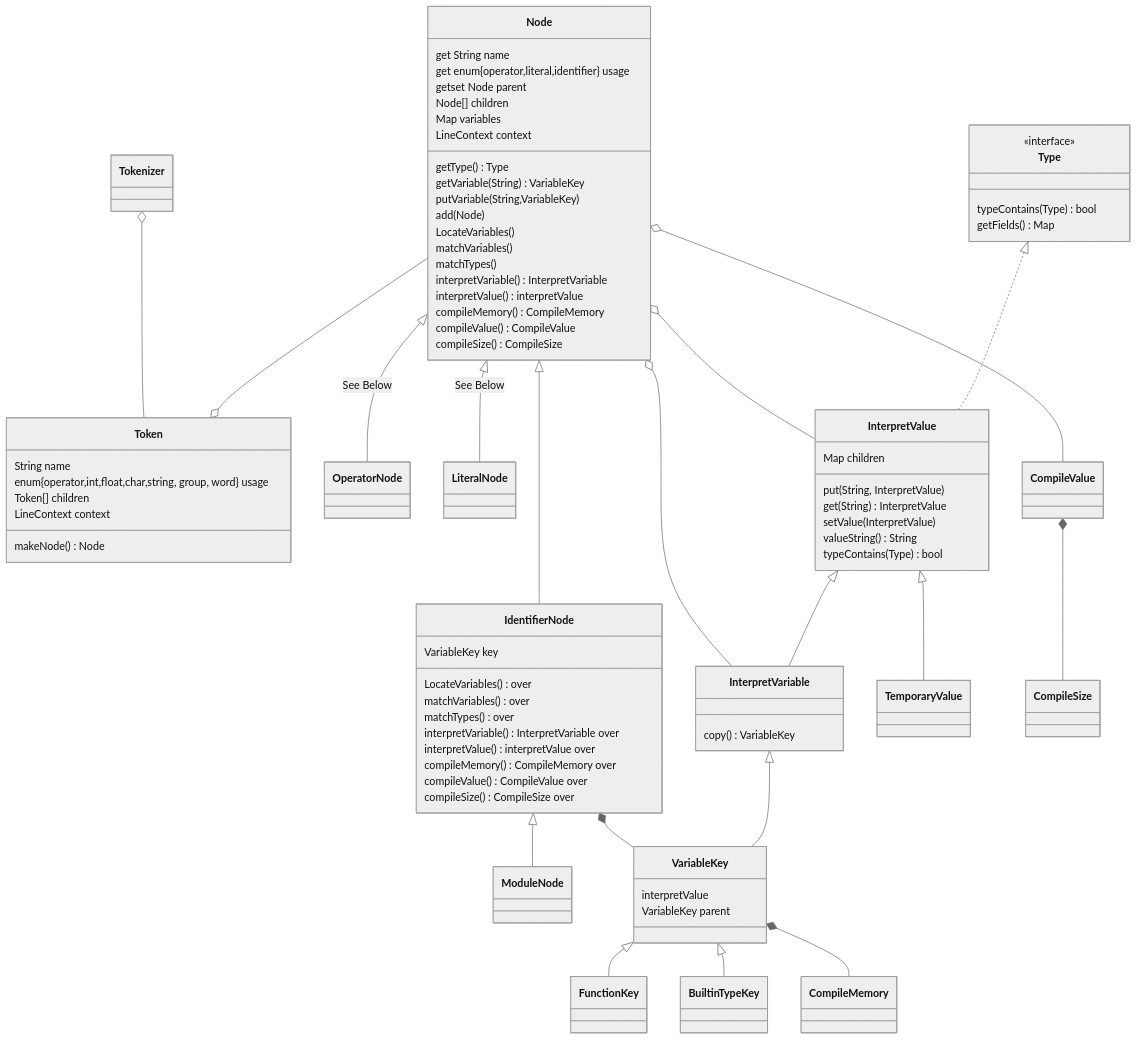
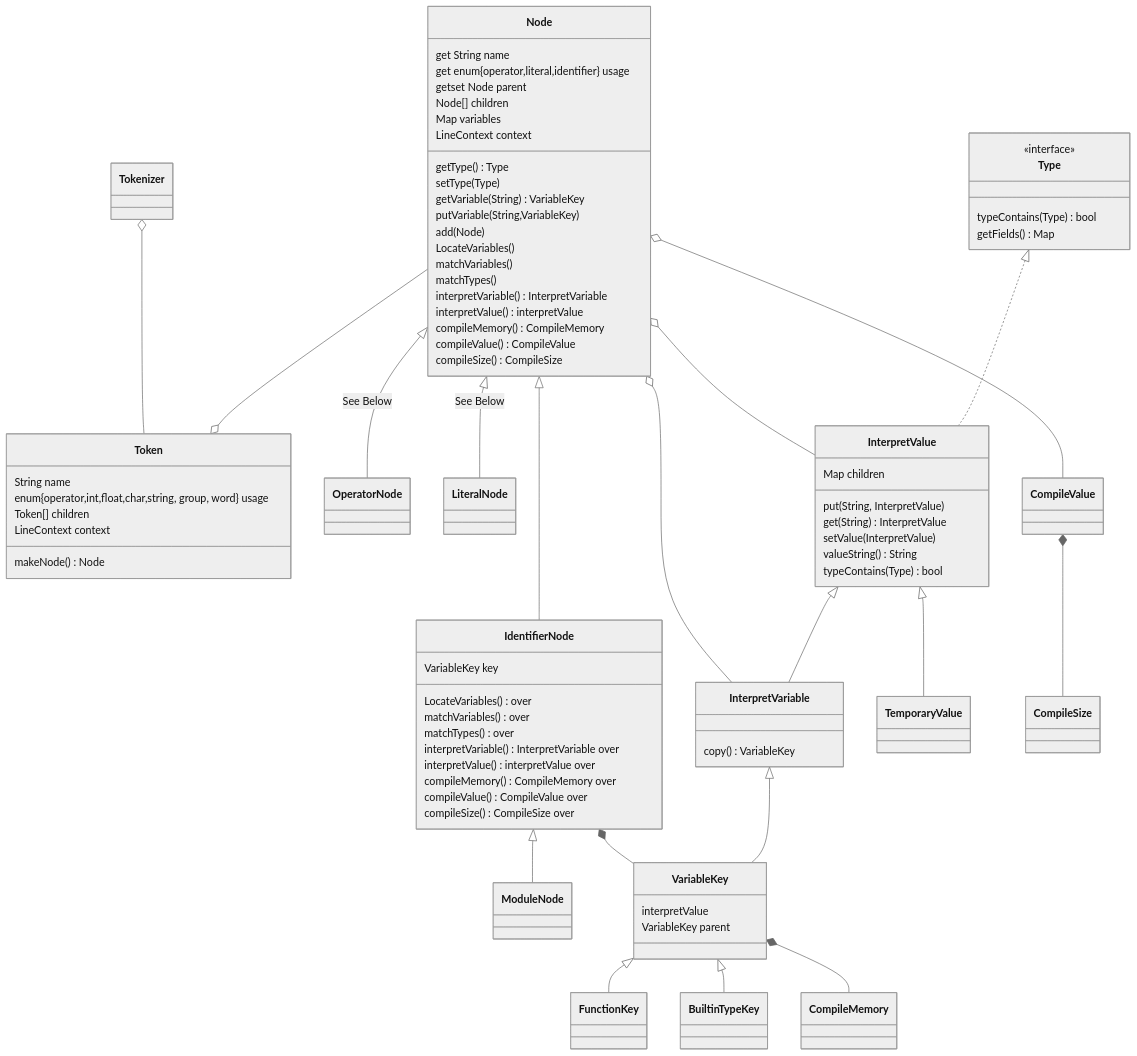
One commit to Jzhyang1/Monomer changed the second of 5 diagrams in Implementation.md. Above: the diagram before and after it, drawn with Mermaid (neutral theme). The commit also changed other lines of this file, not shown here.

````diff
--- a/Implementation.md
+++ b/Implementation.md
@@ -76,73 +76,74 @@
 ```mermaid
 classDiagram
 Tokenizer o-- Token
 Node --o Token
 
 Node <|-- OperatorNode: See Below
 Node <|-- LiteralNode: See Below
 Node <|-- IdentifierNode
 Node o-- InterpretVariable
 Node o-- InterpretValue
 IdentifierNode <|-- ModuleNode
 IdentifierNode *-- VariableKey
 VariableKey <|-- FunctionKey
 VariableKey <|-- BuiltinTypeKey
 VariableKey *-- CompileMemory
 InterpretValue <|-- InterpretVariable
 InterpretValue <|-- TemporaryValue
 Type <|.. InterpretValue
 InterpretVariable <|-- VariableKey
 CompileValue *-- CompileSize
 Node o-- CompileValue
 
 Token: String name
 Token: enum{operator,int,float,char,string, group, word} usage
 Token: Token[] children
 Token: LineContext context
 Token: makeNode() Node
 
 Node: get String name
 Node: get enum{operator,literal,identifier} usage
 Node: getset Node parent
 Node: Node[] children
 Node: Map<String, VariableKey> variables
 Node: LineContext context
 Node: getType() Type
+Node: setType(Type)
 Node: getVariable(String) VariableKey
 Node: putVariable(String,VariableKey)
 Node: add(Node)
 Node: LocateVariables()
 Node: matchVariables()
 Node: matchTypes()
 Node: interpretVariable() InterpretVariable
 Node: interpretValue() interpretValue
 Node: compileMemory() CompileMemory
 Node: compileValue() CompileValue
 Node: compileSize() CompileSize
 
 IdentifierNode: VariableKey key
 IdentifierNode: LocateVariables() over
 IdentifierNode: matchVariables() over
 IdentifierNode: matchTypes() over
 IdentifierNode: interpretVariable() InterpretVariable over
 IdentifierNode: interpretValue() interpretValue over
 IdentifierNode: compileMemory() CompileMemory over
 IdentifierNode: compileValue() CompileValue over
 IdentifierNode: compileSize() CompileSize over
 
 InterpretValue: Map<String, InterpretValue> children
 InterpretValue: put(String, InterpretValue)
 InterpretValue: get(String) InterpretValue
 InterpretValue: setValue(InterpretValue)
 InterpretValue: valueString() String
 InterpretValue: typeContains(Type) bool
 
 InterpretVariable: copy() VariableKey
 
 VariableKey: interpretValue
 VariableKey: VariableKey parent
 
 <<interface>> Type
 Type: typeContains(Type) bool
 Type: getFields() Map<String,Type>
 ```
````
